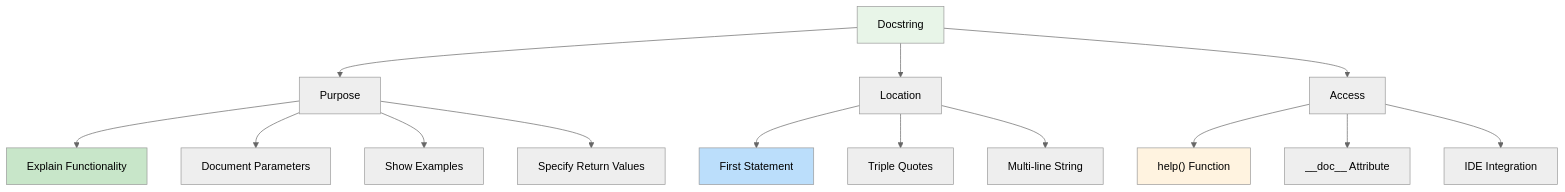
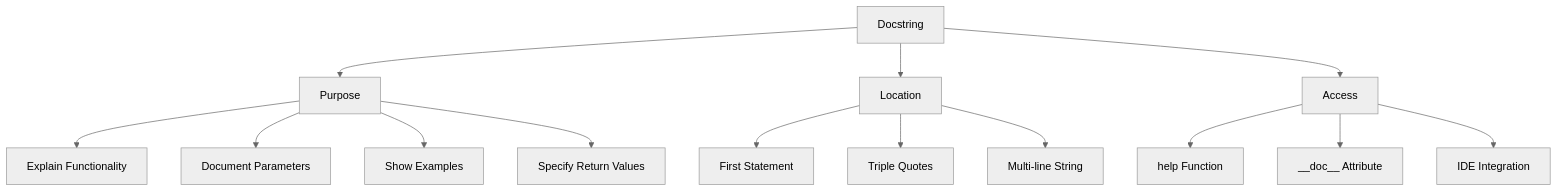
One commit to sayyamsheikh42/Python-Learning-Material changed the second of 14 diagrams in 00_python_colab/18_docstrings_mkdocs/readme.md. Above: the diagram before and after it, drawn with Mermaid (neutral theme). The commit also changed other lines of this file, not shown here.

````diff
--- a/00_python_colab/18_docstrings_mkdocs/readme.md
+++ b/00_python_colab/18_docstrings_mkdocs/readme.md
@@ -87,24 +83,19 @@
 ```mermaid
 graph TD
-    A["Docstring"] --> B["Purpose"]
-    A --> C["Location"]
-    A --> D["Access"]
+    A[Docstring] --> B[Purpose]
+    A --> C[Location]
+    A --> D[Access]
     
-    B --> B1["Explain Functionality"]
-    B --> B2["Document Parameters"]
-    B --> B3["Show Examples"]
-    B --> B4["Specify Return Values"]
+    B --> B1[Explain Functionality]
+    B --> B2[Document Parameters]
+    B --> B3[Show Examples]
+    B --> B4[Specify Return Values]
     
-    C --> C1["First Statement"]
-    C --> C2["Triple Quotes"]
-    C --> C3["Multi-line String"]
+    C --> C1[First Statement]
+    C --> C2[Triple Quotes]
+    C --> C3[Multi-line String]
     
-    D --> D1["help() Function"]
-    D --> D2["__doc__ Attribute"]
-    D --> D3["IDE Integration"]
-    
-    style A fill:#e8f5e8
-    style B1 fill:#c8e6c9
-    style C1 fill:#bbdefb
-    style D1 fill:#fff3e0
+    D --> D1[help Function]
+    D --> D2[__doc__ Attribute]
+    D --> D3[IDE Integration]
 ```
````
